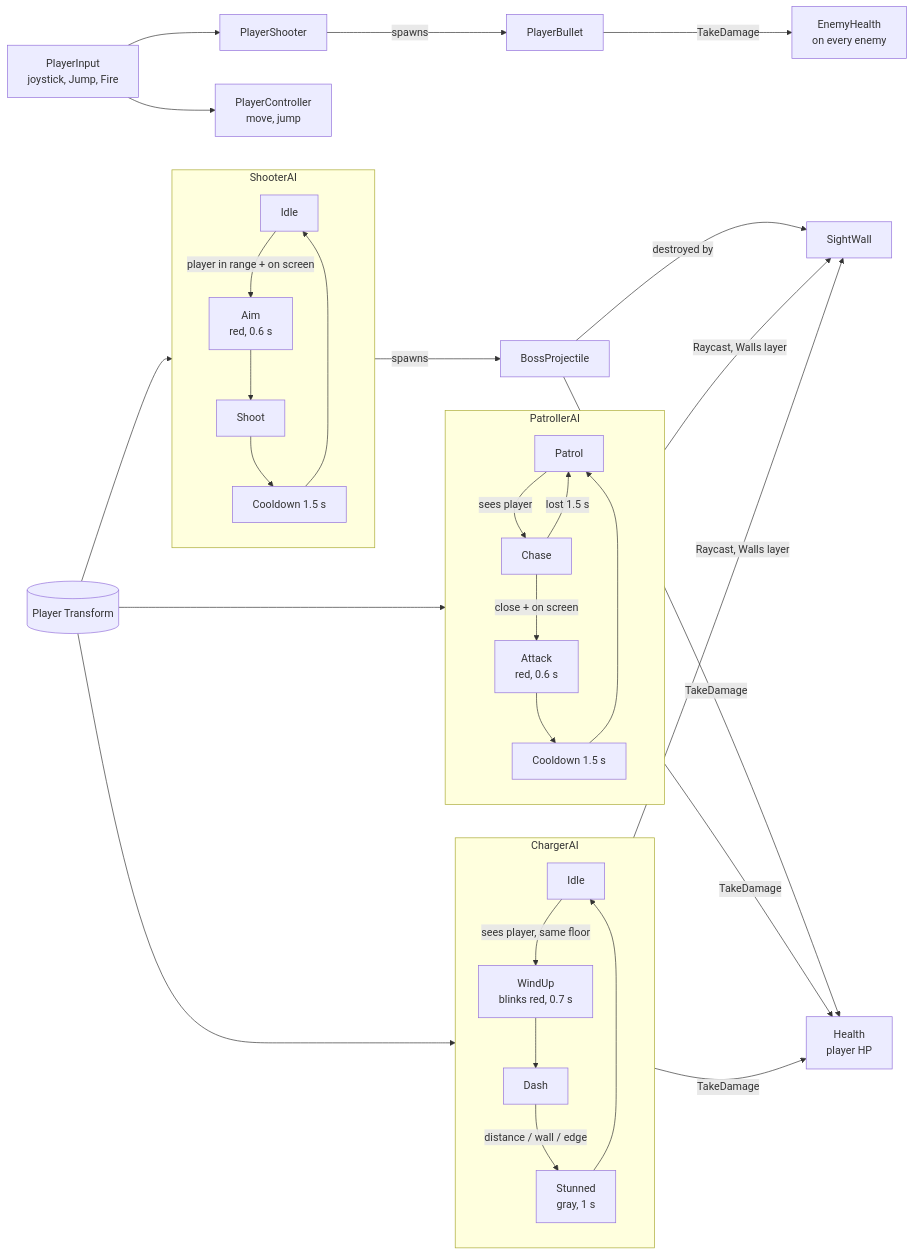
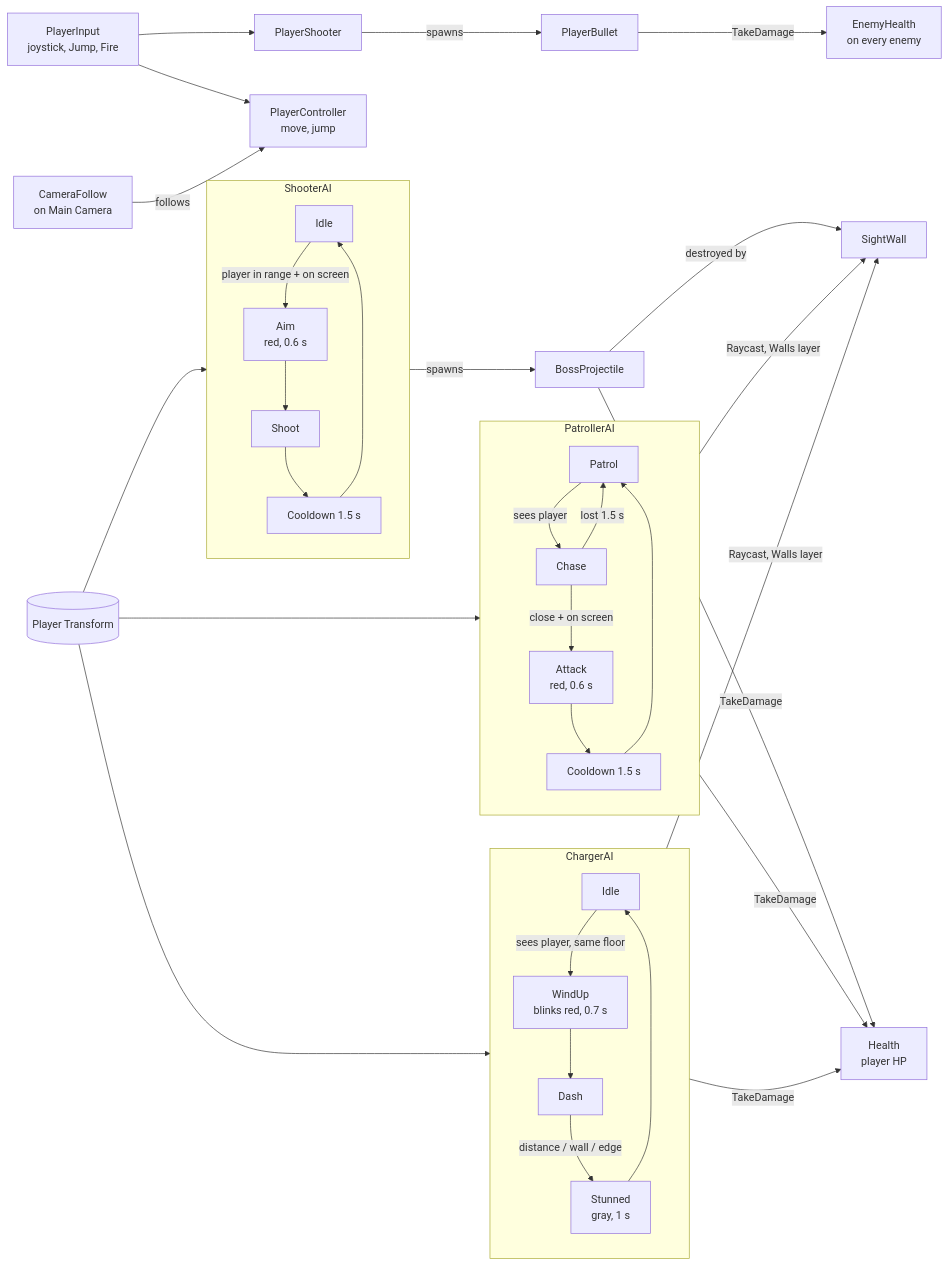
One commit to Yelnurstt/SimplePlatformer changed the diagram in SCRIPT_MAP.md. Above: the diagram before and after it, drawn with Mermaid. The commit also changed other lines of this file and 3 other files, not shown here.

````diff
--- a/SCRIPT_MAP.md
+++ b/SCRIPT_MAP.md
@@ -3,40 +3,41 @@
 ```mermaid
 flowchart LR
     PI[PlayerInput<br/>joystick, Jump, Fire] --> PC[PlayerController<br/>move, jump]
     PI --> PS[PlayerShooter]
+    CF[CameraFollow<br/>on Main Camera] -- follows --> PC
     PS -- spawns --> PB[PlayerBullet]
     PB -- TakeDamage --> EH[EnemyHealth<br/>on every enemy]
 
     subgraph Patroller[PatrollerAI]
         P1[Patrol] -- sees player --> P2[Chase]
         P2 -- close + on screen --> P3[Attack<br/>red, 0.6 s]
         P2 -- lost 1.5 s --> P1
         P3 --> P4[Cooldown 1.5 s]
         P4 --> P1
     end
 
     subgraph Shooter[ShooterAI]
         S1[Idle] -- player in range + on screen --> S2[Aim<br/>red, 0.6 s]
         S2 --> S3[Shoot]
         S3 --> S4[Cooldown 1.5 s]
         S4 --> S1
     end
 
     subgraph Charger[ChargerAI]
         C1[Idle] -- sees player, same floor --> C2[WindUp<br/>blinks red, 0.7 s]
         C2 --> C3[Dash]
         C3 -- distance / wall / edge --> C4[Stunned<br/>gray, 1 s]
         C4 --> C1
     end
 
     PL[(Player Transform)] --> Patroller
     PL --> Shooter
     PL --> Charger
     Patroller -- Raycast, Walls layer --> W[SightWall]
     Charger -- Raycast, Walls layer --> W
     Shooter -- spawns --> BP[BossProjectile]
     BP -- destroyed by --> W
     Patroller -- TakeDamage --> H[Health<br/>player HP]
     Charger -- TakeDamage --> H
     BP -- TakeDamage --> H
 ```
````
